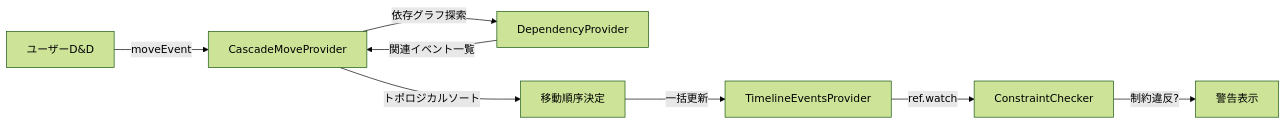
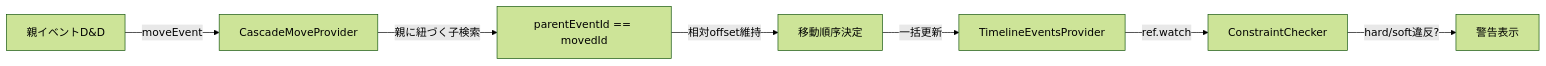
The third of 3 diagrams in docs/SOFTWARE_ARCHITECTURE.md (vdnih/life-compass-tokyo), drawn with Mermaid (forest theme) before and after one commit. The commit also changed other lines of this file and 59 other files, not shown here.

````diff
--- a/docs/SOFTWARE_ARCHITECTURE.md
+++ b/docs/SOFTWARE_ARCHITECTURE.md
@@ -211,10 +245,9 @@
 ```mermaid
 graph LR
-    Drag[ユーザーD&D] -->|moveEvent| Cascade[CascadeMoveProvider]
-    Cascade -->|依存グラフ探索| Dep[DependencyProvider]
-    Dep -->|関連イベント一覧| Cascade
-    Cascade -->|トポロジカルソート| Sort[移動順序決定]
+    Drag[親イベントD&D] -->|moveEvent| Cascade[CascadeMoveProvider]
+    Cascade -->|親に紐づく子検索| Children[parentEventId == movedId]
+    Children -->|相対offset維持| Sort[移動順序決定]
     Sort -->|一括更新| Logic[TimelineEventsProvider]
     Logic -->|ref.watch| Checker[ConstraintChecker]
-    Checker -->|制約違反?| UI[警告表示]
+    Checker -->|hard/soft違反?| UI[警告表示]
 ```
````
